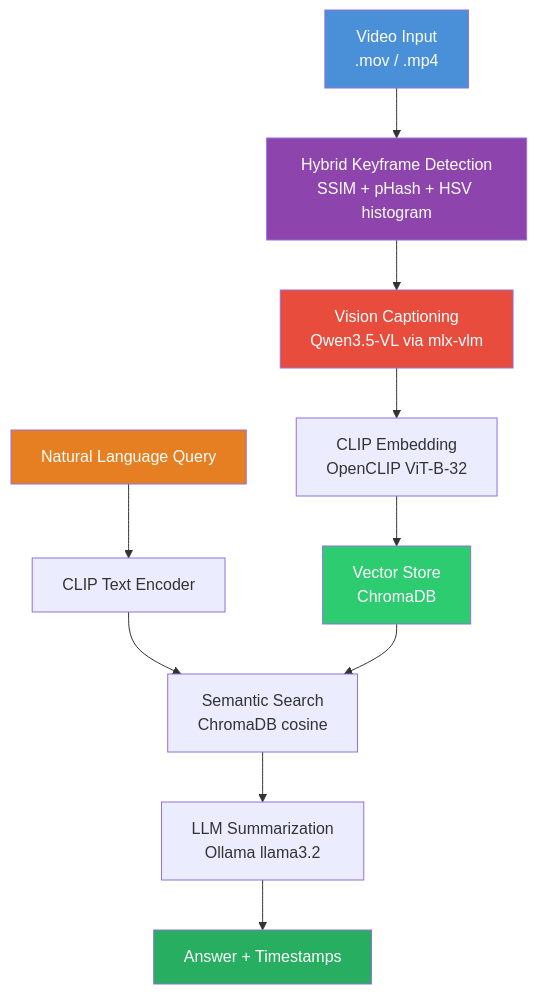
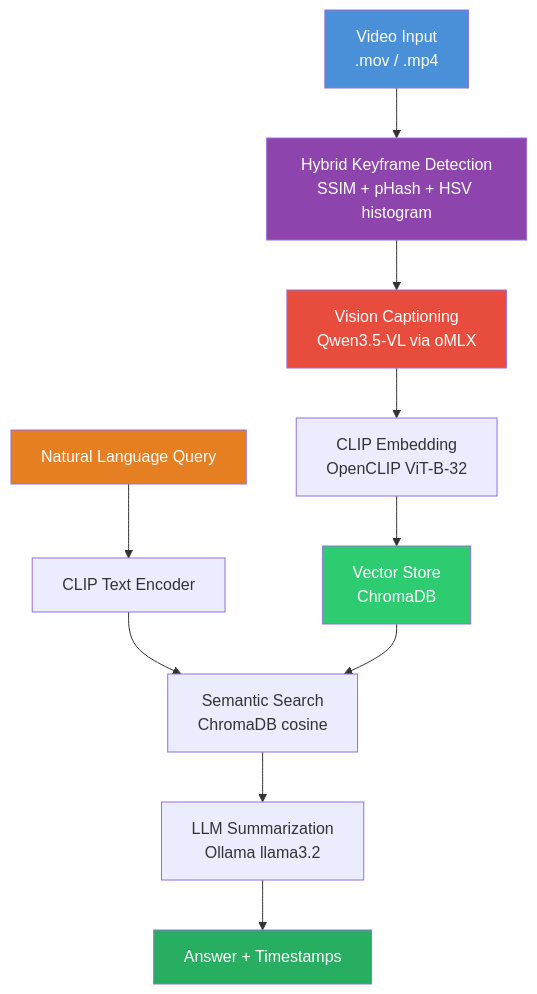
The first of 2 diagrams in README.md (sw30labs/screen-lens), drawn with Mermaid before and after one commit. The commit also changed other lines of this file and 17 other files, not shown here.

Commit message:
Port captioning to oMLX

````diff
--- a/README.md
+++ b/README.md
@@ -19,20 +19,20 @@
 ```mermaid
 graph TD
     A[Video Input<br/>.mov / .mp4] --> B[Hybrid Keyframe Detection<br/>SSIM + pHash + HSV histogram]
-    B --> C[Vision Captioning<br/>Qwen3.5-VL via mlx-vlm]
+    B --> C[Vision Captioning<br/>Qwen3.5-VL via oMLX]
     C --> D[CLIP Embedding<br/>OpenCLIP ViT-B-32]
     D --> E[Vector Store<br/>ChromaDB]
 
     F[Natural Language Query] --> G[CLIP Text Encoder]
     G --> H[Semantic Search<br/>ChromaDB cosine]
     E --> H
     H --> I[LLM Summarization<br/>Ollama llama3.2]
     I --> J[Answer + Timestamps]
 
     style A fill:#4a90d9,color:#fff
     style B fill:#8e44ad,color:#fff
     style C fill:#e74c3c,color:#fff
     style E fill:#2ecc71,color:#fff
     style F fill:#e67e22,color:#fff
     style J fill:#27ae60,color:#fff
 ```
````
